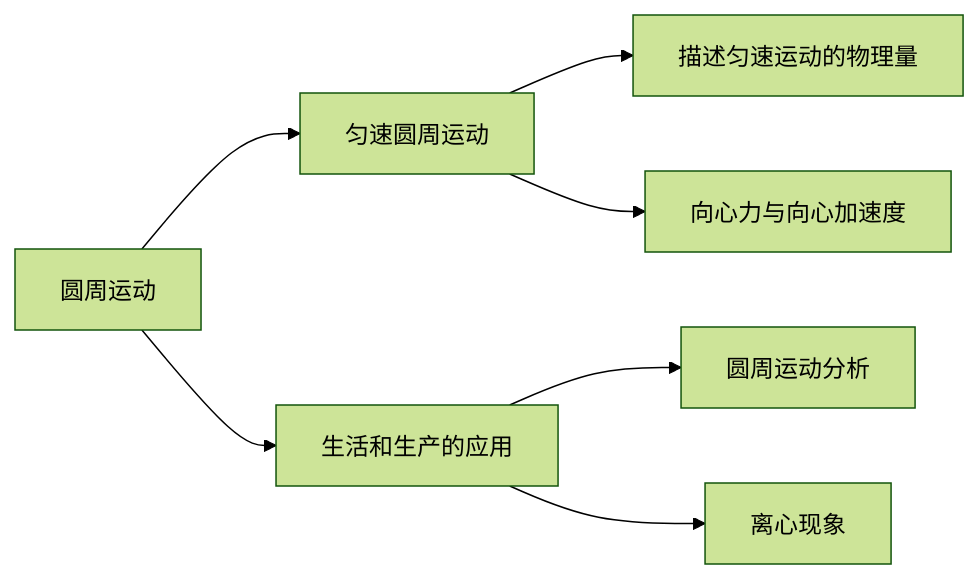
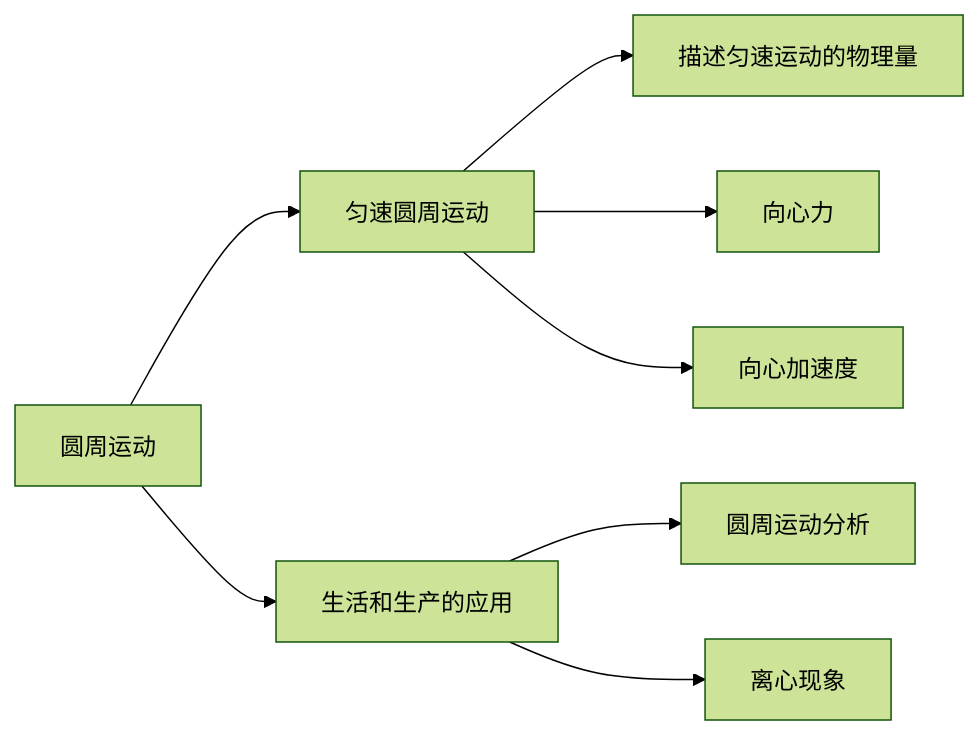
Before and after one commit to Github-DVIA/FASTlearn: the diagram in docs/art/phy/2.2/2.2.md, drawn with Mermaid (forest theme). The commit also changed 13 other files, not shown here.

````diff
--- a/docs/art/phy/2.2/2.2.md
+++ b/docs/art/phy/2.2/2.2.md
@@ -3,7 +3,12 @@
 ```mermaid
 graph LR
 1[圆周运动] --> 2.1[匀速圆周运动] & 2.2[生活和生产的应用]
-2.1 --> 描述匀速运动的物理量 & 向心力与向心加速度
-2.2 --> 圆周运动分析 & 离心现象
+2.1 --> 2[描述匀速运动的物理量] & 3[向心力] & 4[向心加速度]
+2.2 --> 5[圆周运动分析] & 6[离心现象]
 click 2.1 "../2.2.1"
+click 2 "../2.2.1"
+click 3 "../2.2.2.1"
+click 4 "../2.2.2.2"
+click 5 "../2.2.4"
+click 6 "../2.2.3"
 ```
````
